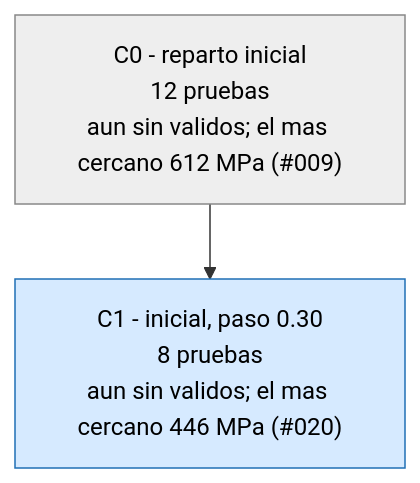
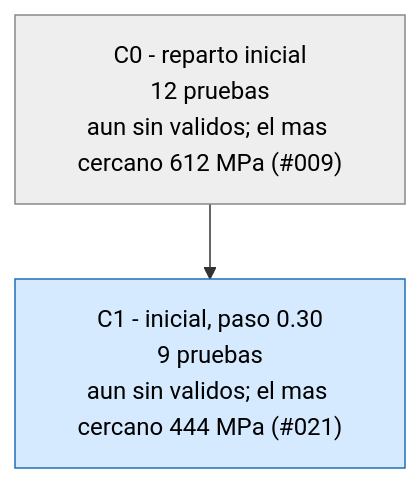
Before and after one commit to Hugiko/msd-soporte-optimizacion: the third of 3 diagrams in runs/opt_37800N/ARBOL.md, drawn with Mermaid. The commit also changed 21 other files, not shown here.

````diff
--- a/runs/opt_37800N/ARBOL.md
+++ b/runs/opt_37800N/ARBOL.md
@@ -33,9 +33,9 @@
 ```mermaid
 graph TD
 classDef activa fill:#d6eaff,stroke:#1f6fb5,color:#000
 classDef fin fill:#eeeeee,stroke:#888,color:#000
 classDef mejor fill:#c8f0c0,stroke:#1a9850,stroke-width:4px,color:#000
 C0["C0 - reparto inicial<br/>12 pruebas<br/>aun sin validos; el mas cercano 612 MPa (#009)"]:::fin
-C1["C1 - inicial, paso 0.30<br/>8 pruebas<br/>aun sin validos; el mas cercano 446 MPa (#020)"]:::activa
+C1["C1 - inicial, paso 0.30<br/>9 pruebas<br/>aun sin validos; el mas cercano 444 MPa (#021)"]:::activa
 C0 --> C1
 ```
````
